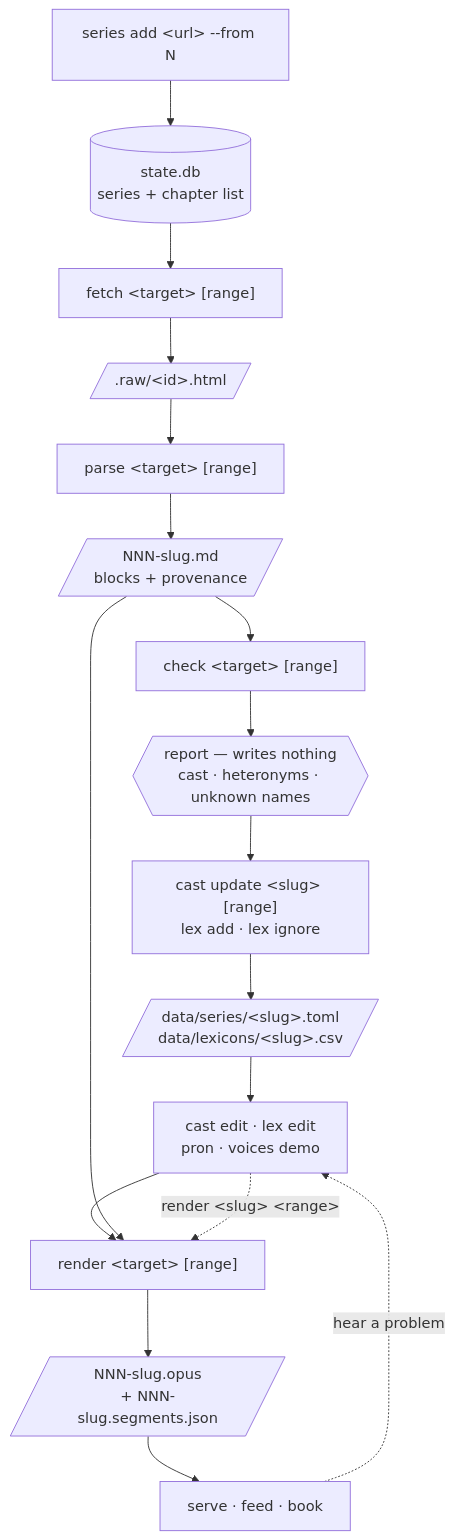
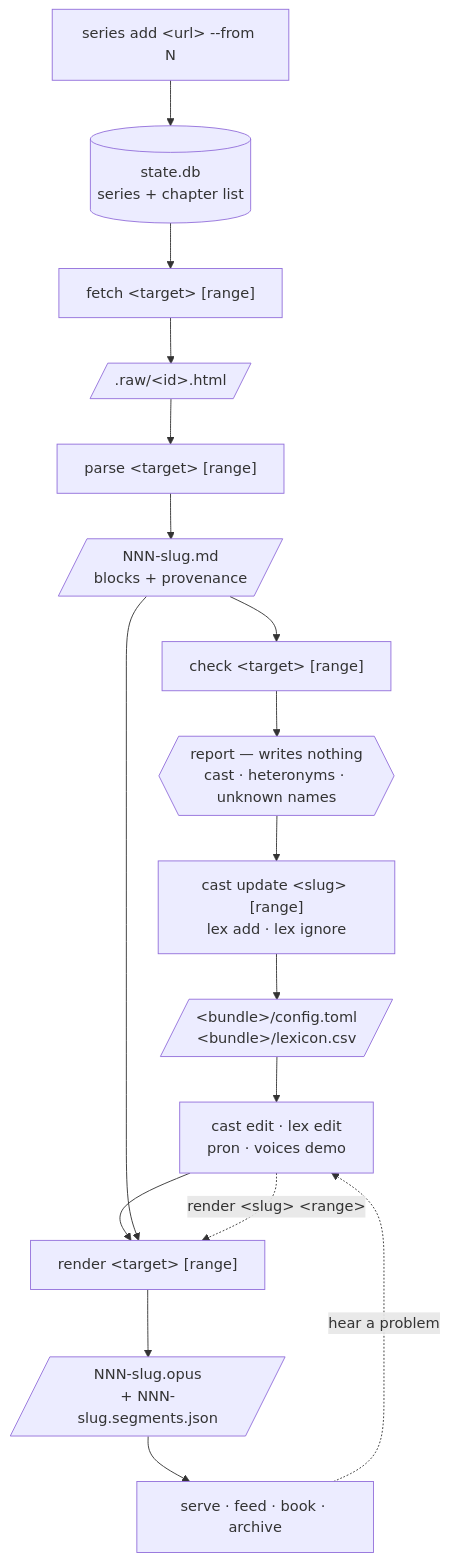
One commit to jrobrien/webnovel-audio changed the diagram in README.md. Above: the diagram before and after it, drawn with Mermaid. The commit also changed other lines of this file and 4 other files, not shown here.

````diff
--- a/README.md
+++ b/README.md
@@ -78,19 +78,19 @@
 ```mermaid
 flowchart TD
     A["series add &lt;url&gt; --from N"] --> DB[("state.db<br/>series + chapter list")]
     DB --> F["fetch &lt;target&gt; [range]"]
     F --> RAW[/".raw/&lt;id&gt;.html"/]
     RAW --> P["parse &lt;target&gt; [range]"]
     P --> MD[/"NNN-slug.md<br/>blocks + provenance"/]
     MD --> CK["check &lt;target&gt; [range]"]
     CK --> REP{{"report — writes nothing<br/>cast · heteronyms · unknown names"}}
     REP --> AP["cast update &lt;slug&gt; [range]<br/>lex add · lex ignore"]
-    AP --> CFG[/"data/series/&lt;slug&gt;.toml<br/>data/lexicons/&lt;slug&gt;.csv"/]
+    AP --> CFG[/"&lt;bundle&gt;/config.toml<br/>&lt;bundle&gt;/lexicon.csv"/]
     CFG --> ED["cast edit · lex edit<br/>pron · voices demo"]
     ED --> R["render &lt;target&gt; [range]"]
     MD --> R
     R --> OP[/"NNN-slug.opus<br/>+ NNN-slug.segments.json"/]
-    OP --> D["serve · feed · book"]
+    OP --> D["serve · feed · book · archive"]
     D -.->|"hear a problem"| ED
     ED -.->|"render &lt;slug&gt; &lt;range&gt;"| R
 ```
````
